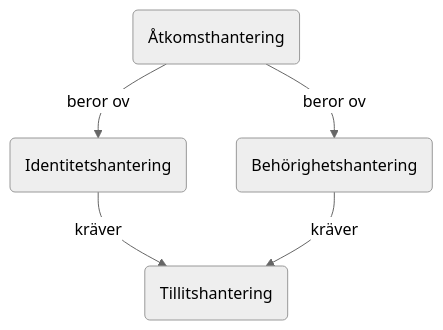
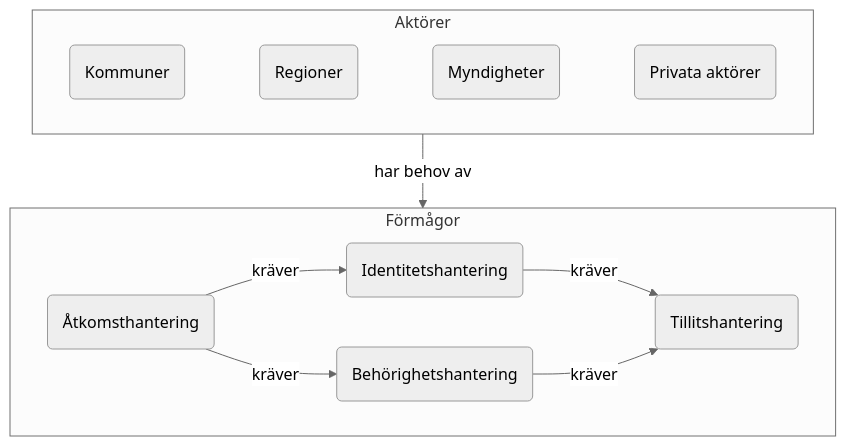
One commit to diggsweden/ena-authorization changed the first of 6 diagrams in architecture/drafts/IAM_TargetArchitecture_Sweden.md. Above: the diagram before and after it, drawn with Mermaid (neutral theme). The commit also changed other lines of this file, not shown here.

````diff
--- a/architecture/drafts/IAM_TargetArchitecture_Sweden.md
+++ b/architecture/drafts/IAM_TargetArchitecture_Sweden.md
@@ -7,9 +6,21 @@
 ```mermaid
 graph TD
-Å(Åtkomsthantering)
-I(Identitetshantering)
-B(Behörighetshantering)
-T(Tillitshantering)
 
-Å--beror ov-->I & B--kräver-->T
+subgraph actors[Aktörer]
+direction LR     
+ k(Kommuner)~~~
+ r(Regioner)~~~
+ m(Myndigheter)~~~
+ p(Privata aktörer)
+end
+
+subgraph abilities[Förmågor]
+ Å(Åtkomsthantering)
+ I(Identitetshantering)
+ B(Behörighetshantering)
+ T(Tillitshantering)
+end
+
+actors--har behov av-->abilities
+Å--kräver-->I & B--kräver-->T
 ```
````
